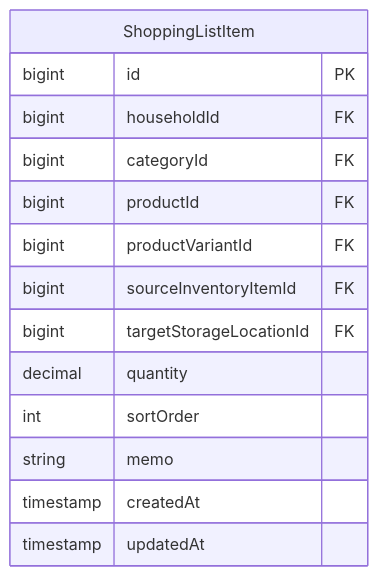
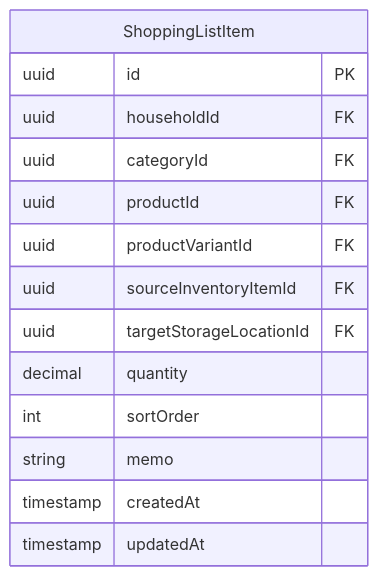
The sixth of 7 diagrams in docs/design/v2/entity-logical-design.md (wukdddang/home-inventory-manager), drawn with Mermaid before and after one commit. The commit also changed other lines of this file and 2 other files, not shown here.

First line of the commit message:
docs: 논리적 설계 PK/FK bigint→uuid 일괄 수정 및 인프라 문서 갱신

````diff
--- a/docs/design/v2/entity-logical-design.md
+++ b/docs/design/v2/entity-logical-design.md
@@ -309,17 +309,17 @@
 ```mermaid
 erDiagram
     ShoppingListItem {
-        bigint id PK
-        bigint householdId FK
-        bigint categoryId FK
-        bigint productId FK
-        bigint productVariantId FK
-        bigint sourceInventoryItemId FK
-        bigint targetStorageLocationId FK
+        uuid id PK
+        uuid householdId FK
+        uuid categoryId FK
+        uuid productId FK
+        uuid productVariantId FK
+        uuid sourceInventoryItemId FK
+        uuid targetStorageLocationId FK
         decimal quantity
         int sortOrder
         string memo
         timestamp createdAt
         timestamp updatedAt
     }
 ```
````
